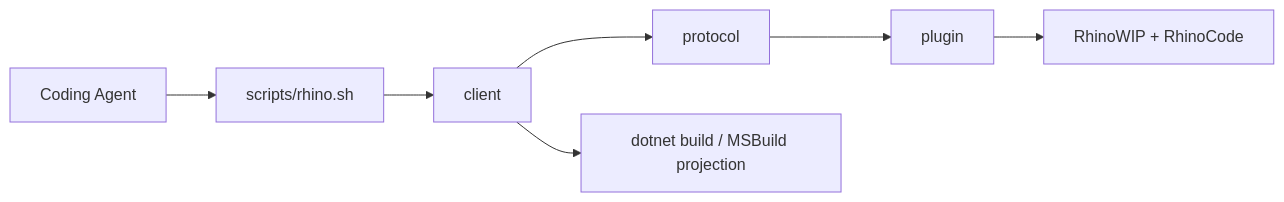
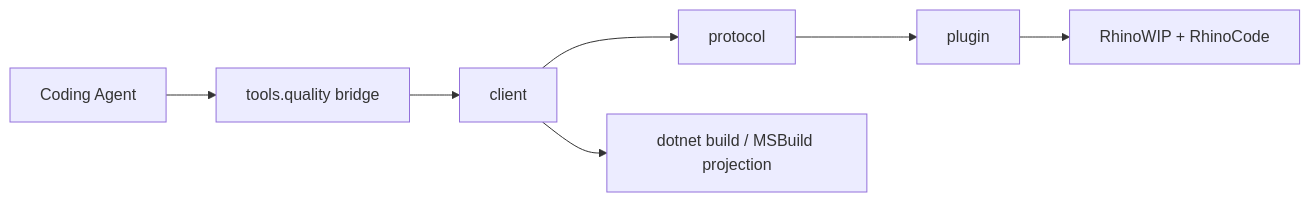
One commit to bsamiee/Rasm changed the diagram in tools/rhino-bridge/README.md. Above: the diagram before and after it, drawn with Mermaid. The commit also changed other lines of this file and 79 other files, not shown here.

````diff
--- a/tools/rhino-bridge/README.md
+++ b/tools/rhino-bridge/README.md
@@ -39,9 +39,9 @@
 ```mermaid
 graph LR
-    Agent["Coding Agent"] --> Script["scripts/rhino.sh"]
+    Agent["Coding Agent"] --> Script["tools.quality bridge"]
     Script --> Client["client"]
     Client --> Protocol["protocol"]
     Protocol --> Plugin["plugin"]
     Plugin --> Rhino["RhinoWIP + RhinoCode"]
     Client --> DotNet["dotnet build / MSBuild projection"]
 ```
````
